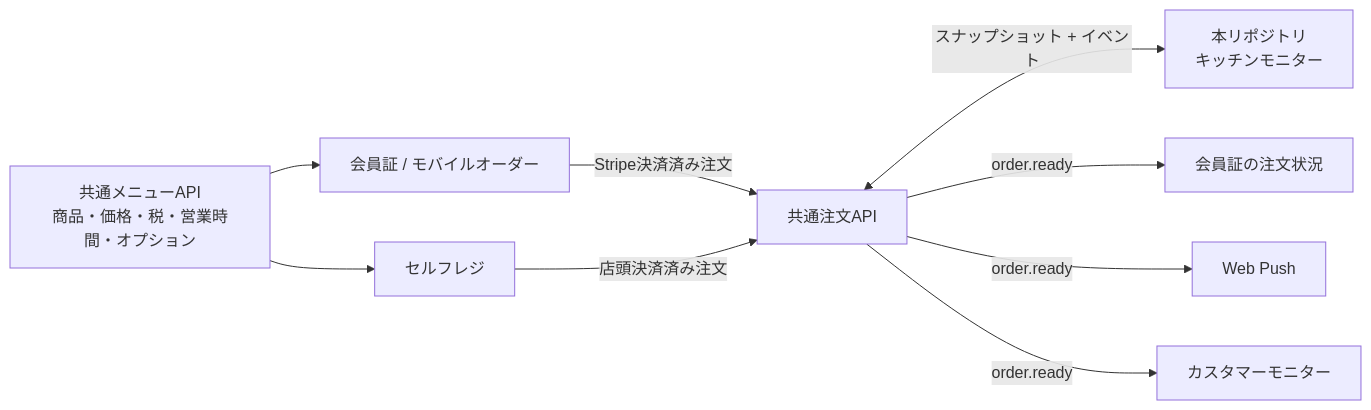
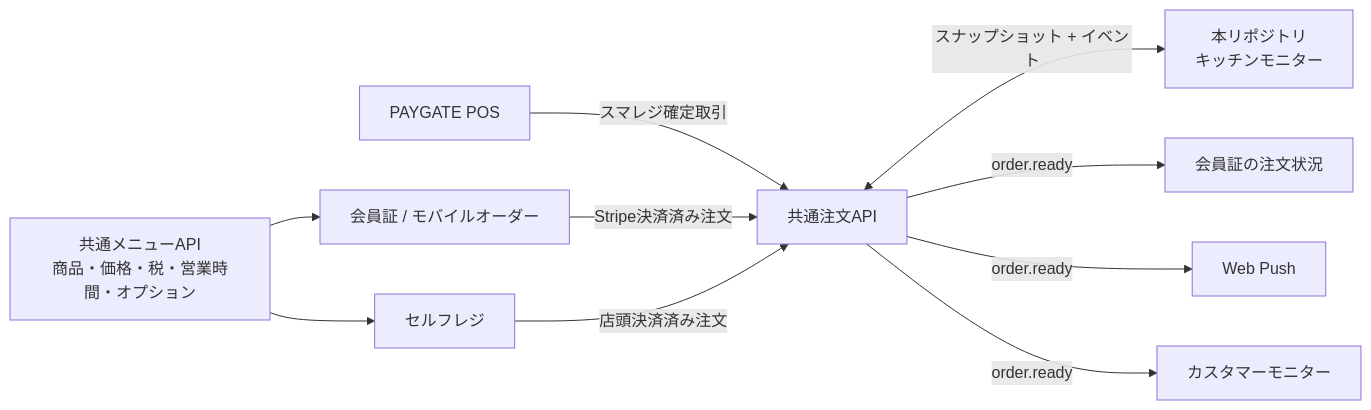
Before and after one commit to WCE-06/compassion-world-kitchen: the diagram in README.md, drawn with Mermaid. The commit also changed other lines of this file and 4 other files, not shown here.

Commit message:
Sync PAYGATE POS orders into kitchen

````diff
--- a/README.md
+++ b/README.md
@@ -18,11 +18,12 @@
 ```mermaid
 flowchart LR
   Menu["共通メニューAPI<br/>商品・価格・税・営業時間・オプション"] --> Mobile["会員証 / モバイルオーダー"]
   Menu --> POS["セルフレジ"]
+  Paygate["PAYGATE POS"] -->|"スマレジ確定取引"| Orders
   Mobile -->|"Stripe決済済み注文"| Orders["共通注文API"]
   POS -->|"店頭決済済み注文"| Orders
   Orders <-->|"スナップショット + イベント"| Kitchen["本リポジトリ<br/>キッチンモニター"]
   Orders -->|"order.ready"| Member["会員証の注文状況"]
   Orders -->|"order.ready"| Push["Web Push"]
   Orders -->|"order.ready"| Display["カスタマーモニター"]
 ```
````
